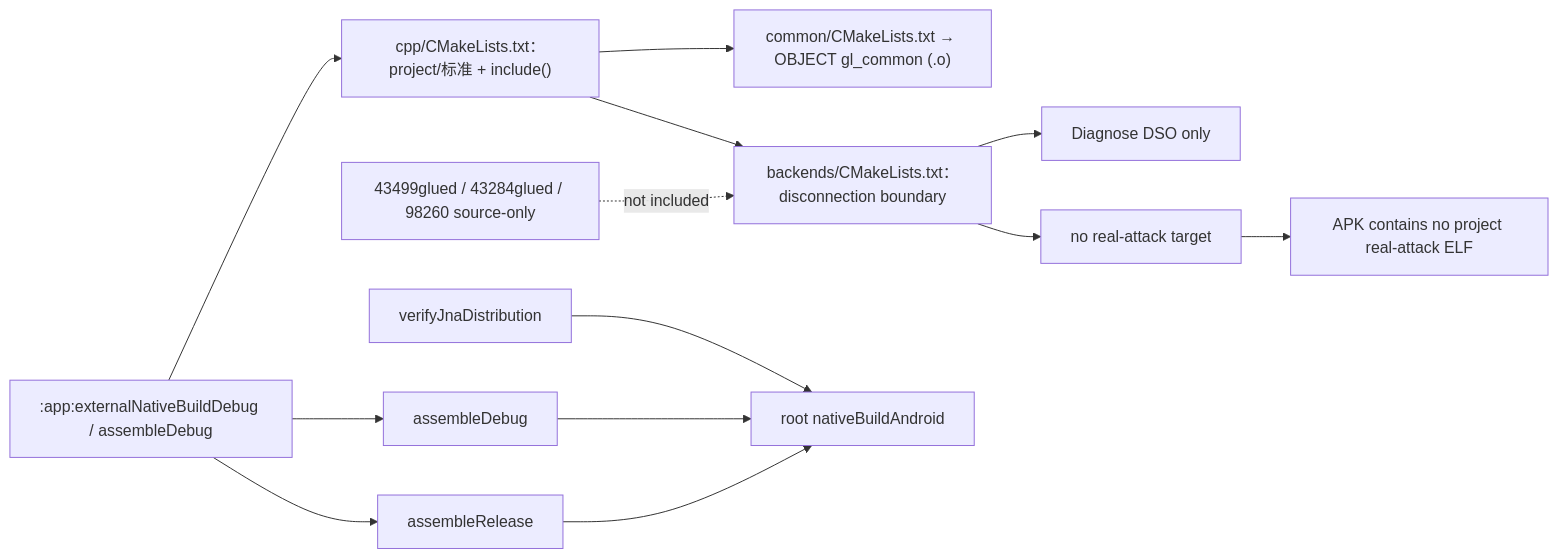
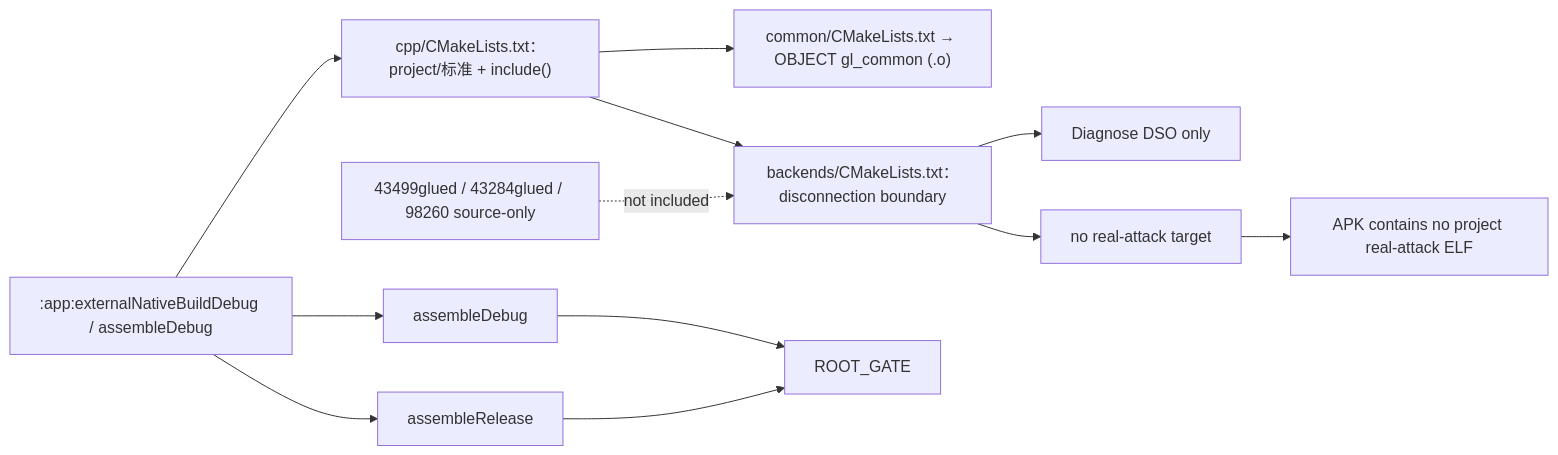
Before and after one commit to YuKongA/ghostlock-app: diagram 32 of 59 in docs/development/full-process-uml.md, drawn with Mermaid. The commit also changed other lines of this file and 276 other files, not shown here.

````diff
--- a/docs/development/full-process-uml.md
+++ b/docs/development/full-process-uml.md
@@ -1088,15 +1088,14 @@
 ```mermaid
 flowchart LR
   GRADLE[":app:externalNativeBuildDebug / assembleDebug"] --> ROOT["cpp/CMakeLists.txt：project/标准 + include()"]
   ROOT --> COMMON["common/CMakeLists.txt → OBJECT gl_common (.o)"]
   ROOT --> BACKENDS["backends/CMakeLists.txt：disconnection boundary"]
   BACKENDS --> DIAGNOSE["Diagnose DSO only"]
   BACKENDS --> NONE["no real-attack target"]
   SRC["43499glued / 43284glued / 98260 source-only"] -. not included .-> BACKENDS
   GRADLE --> DEBUG["assembleDebug"]
   GRADLE --> RELEASE["assembleRelease"]
-  JNA["verifyJnaDistribution"] --> ROOT_GATE["root nativeBuildAndroid"]
   DEBUG --> ROOT_GATE
   RELEASE --> ROOT_GATE
   NONE --> APK["APK contains no project real-attack ELF"]
 ```
````
